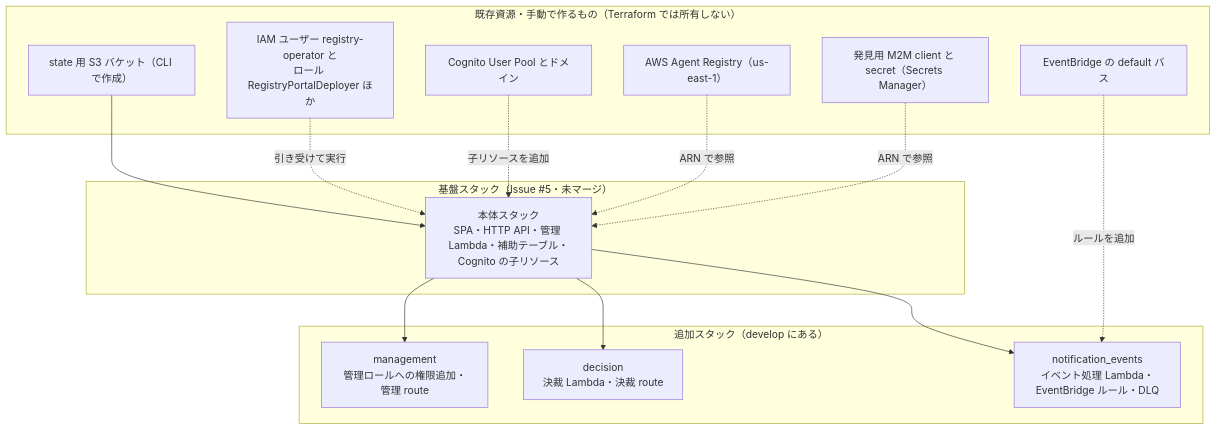
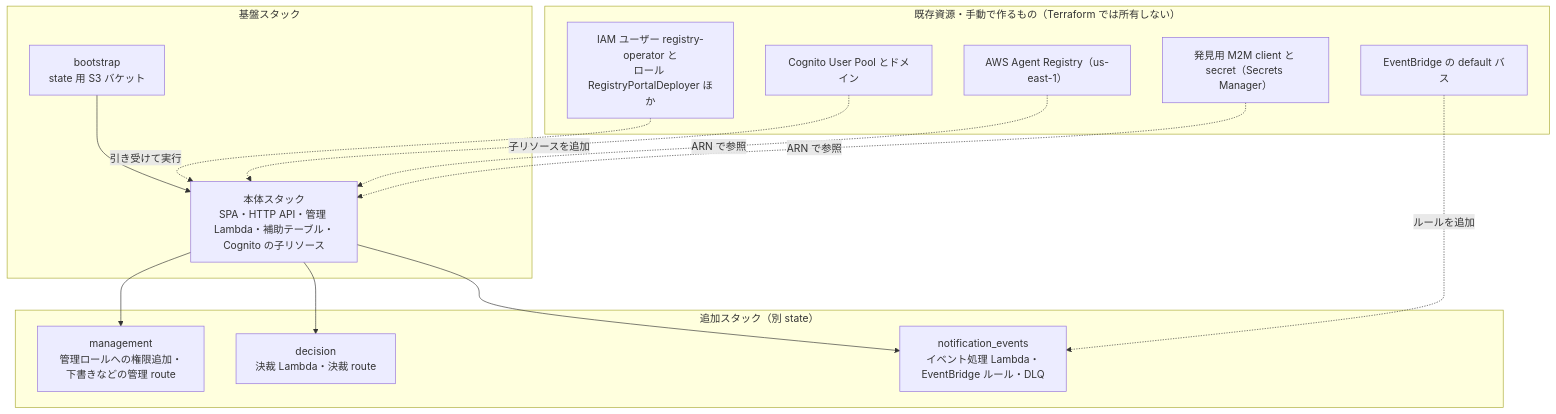
The diagram in docs/agents/registry-portal-terraform-guide-ja.md (JustinWangJP/sample-agentic-value-accelerator), drawn with Mermaid before and after one commit. The commit also changed other lines of this file and 3 other files, not shown here.

````diff
--- a/docs/agents/registry-portal-terraform-guide-ja.md
+++ b/docs/agents/registry-portal-terraform-guide-ja.md
@@ -49,31 +48,31 @@
 ```mermaid
 flowchart TB
   subgraph existing["既存資源・手動で作るもの（Terraform では所有しない）"]
     REG["AWS Agent Registry（us-east-1）"]
     POOL["Cognito User Pool とドメイン"]
     M2M["発見用 M2M client と secret（Secrets Manager）"]
     IAM["IAM ユーザー registry-operator と<br/>ロール RegistryPortalDeployer ほか"]
-    STATE["state 用 S3 バケット（CLI で作成）"]
     BUS["EventBridge の default バス"]
   end
 
-  subgraph base["基盤スタック（Issue #5・未マージ）"]
+  subgraph base["基盤スタック"]
+    STATE["bootstrap<br/>state 用 S3 バケット"]
     MAIN["本体スタック<br/>SPA・HTTP API・管理 Lambda・補助テーブル・Cognito の子リソース"]
   end
 
-  subgraph addon["追加スタック（develop にある）"]
-    MGMT["management<br/>管理ロールへの権限追加・管理 route"]
+  subgraph addon["追加スタック（別 state）"]
+    MGMT["management<br/>管理ロールへの権限追加・下書きなどの管理 route"]
     DEC["decision<br/>決裁 Lambda・決裁 route"]
     EVT["notification_events<br/>イベント処理 Lambda・EventBridge ルール・DLQ"]
   end
 
   STATE --> MAIN
   IAM -. 引き受けて実行 .-> MAIN
   MAIN --> MGMT
   MAIN --> DEC
   MAIN --> EVT
   POOL -. 子リソースを追加 .-> MAIN
   REG -. ARN で参照 .-> MAIN
   M2M -. ARN で参照 .-> MAIN
   BUS -. ルールを追加 .-> EVT
 ```
````
